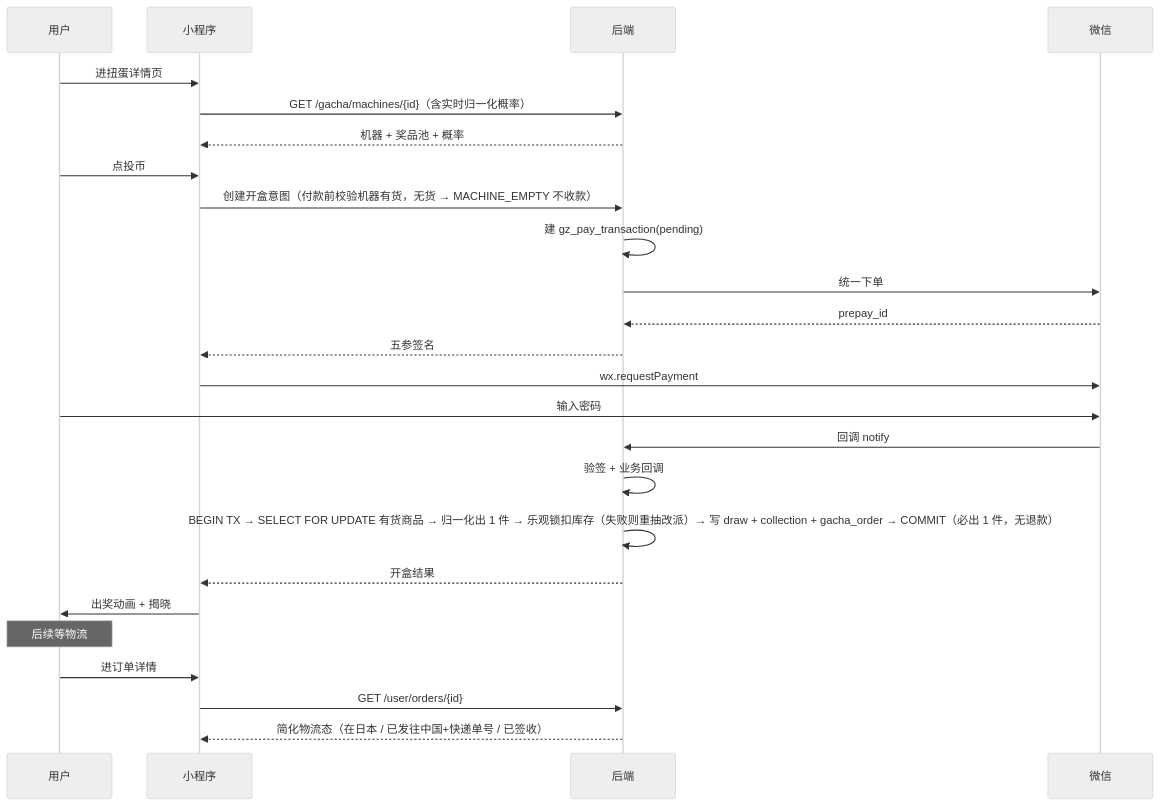
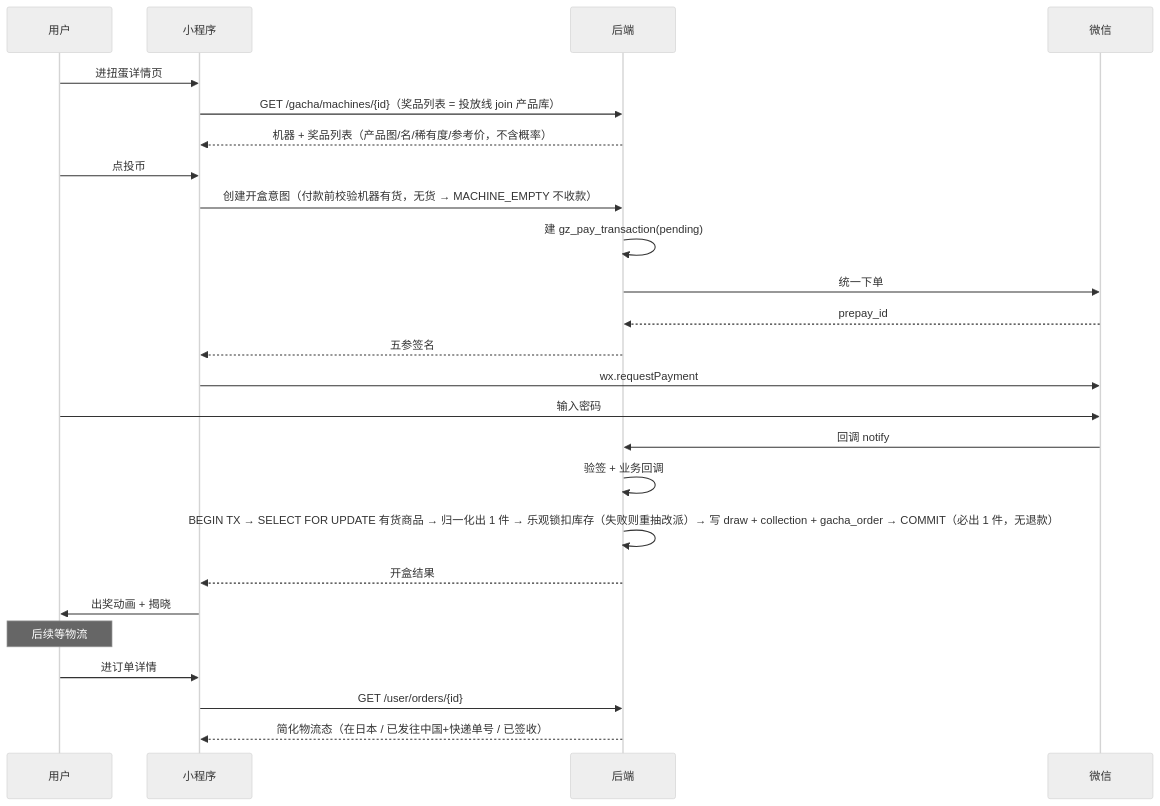
One commit to sengsengran-guzi/doc changed diagram 17 of 17 in 10-业务流权威图.md. Above: the diagram before and after it, drawn with Mermaid (neutral theme). The commit also changed other lines of this file and 23 other files, not shown here.

````diff
--- a/10-业务流权威图.md
+++ b/10-业务流权威图.md
@@ -1793,29 +1886,29 @@
 ```mermaid
 sequenceDiagram
     participant U as 用户
     participant mp as 小程序
     participant be as 后端
     participant W as 微信
 
     U->>mp: 进扭蛋详情页
-    mp->>be: GET /gacha/machines/{id}（含实时归一化概率）
-    be-->>mp: 机器 + 奖品池 + 概率
+    mp->>be: GET /gacha/machines/{id}（奖品列表 = 投放线 join 产品库）
+    be-->>mp: 机器 + 奖品列表（产品图/名/稀有度/参考价，不含概率）
     U->>mp: 点投币
     mp->>be: 创建开盒意图（付款前校验机器有货，无货 → MACHINE_EMPTY 不收款）
     be->>be: 建 gz_pay_transaction(pending)
     be->>W: 统一下单
     W-->>be: prepay_id
     be-->>mp: 五参签名
     mp->>W: wx.requestPayment
     U->>W: 输入密码
     W->>be: 回调 notify
     be->>be: 验签 + 业务回调
     be->>be: BEGIN TX → SELECT FOR UPDATE 有货商品 → 归一化出 1 件 → 乐观锁扣库存（失败则重抽改派）→ 写 draw + collection + gacha_order → COMMIT（必出 1 件，无退款）
     be-->>mp: 开盒结果
     mp->>U: 出奖动画 + 揭晓
     
     Note over U: 后续等物流
     U->>mp: 进订单详情
     mp->>be: GET /user/orders/{id}
     be-->>mp: 简化物流态（在日本 / 已发往中国+快递单号 / 已签收）
 ```
````
